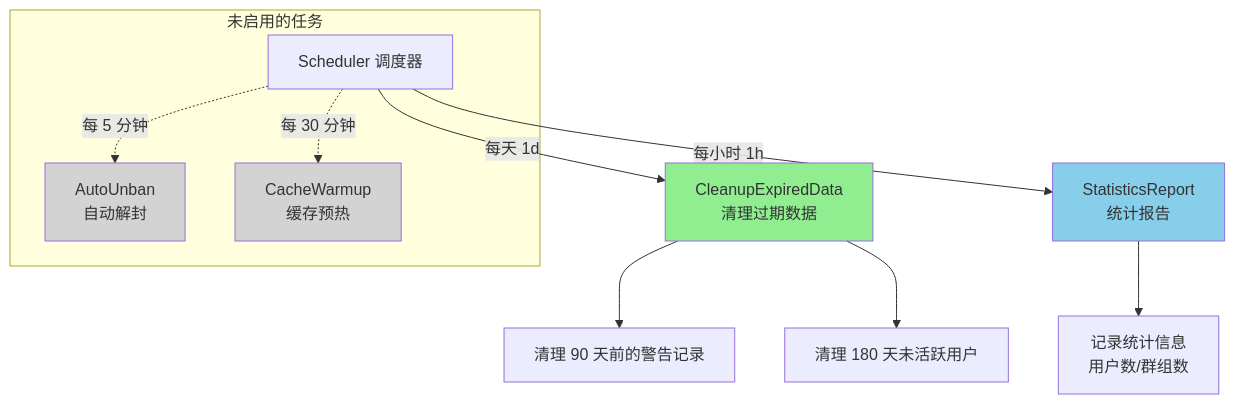
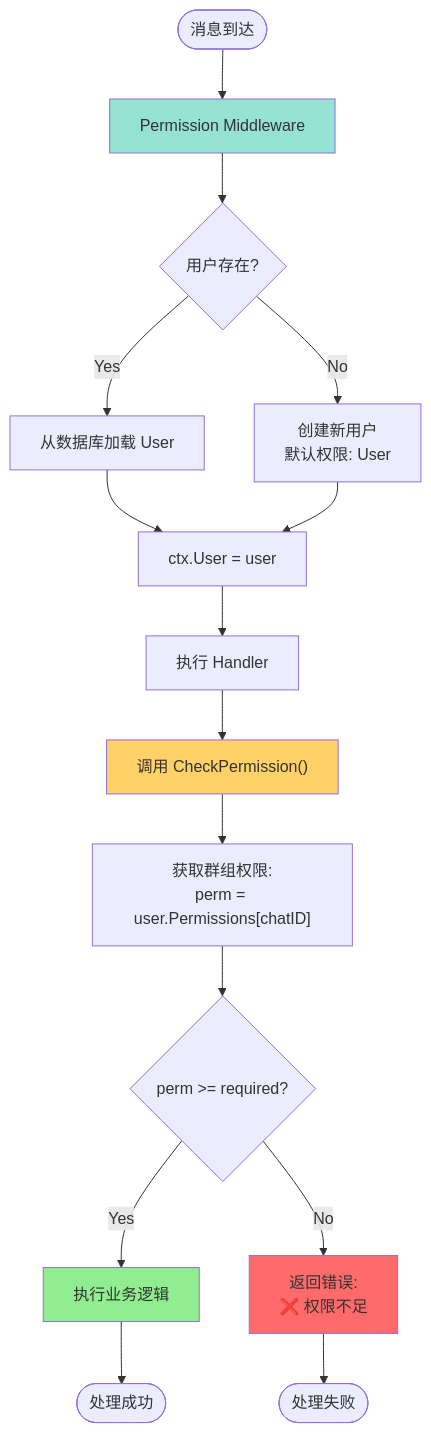
Diagram 12 of 26 in docs/architecture-diagram.md (asmitul/go-telegram-bot), drawn with Mermaid before and after one commit. The commit also changed other lines of this file, not shown here.

Commit message:
✔️ 更新architecture-diagram.md文档

````diff
--- a/docs/architecture-diagram.md
+++ b/docs/architecture-diagram.md
@@ -155,20 +540,28 @@
 ```mermaid
 graph TB
-    Scheduler[Scheduler 调度器] --> |每天 1d| Cleanup[CleanupExpiredData<br/>清理过期数据]
-    Scheduler --> |每小时 1h| Stats[StatisticsReport<br/>统计报告]
+    Start([消息到达]) --> MW[Permission Middleware]
 
-    Cleanup --> CleanWarn[清理 90 天前的警告记录]
-    Cleanup --> CleanUser[清理 180 天未活跃用户]
+    MW --> LoadUser{用户存在?}
+    LoadUser -->|Yes| GetUser[从数据库加载 User]
+    LoadUser -->|No| CreateUser[创建新用户<br/>默认权限: User]
 
-    Stats --> StatLog[记录统计信息<br/>用户数/群组数]
+    GetUser --> InjectCtx[ctx.User = user]
+    CreateUser --> InjectCtx
 
-    subgraph "未启用的任务"
-        Scheduler -.-> |每 5 分钟| AutoUnban[AutoUnban<br/>自动解封]
-        Scheduler -.-> |每 30 分钟| CacheWarmup[CacheWarmup<br/>缓存预热]
-    end
+    InjectCtx --> Handler[执行 Handler]
+    Handler --> CheckPerm["调用 CheckPermission()"]
 
-    style Cleanup fill:#90EE90
-    style Stats fill:#87CEEB
-    style AutoUnban fill:#D3D3D3
-    style CacheWarmup fill:#D3D3D3
+    CheckPerm --> GetGroupPerm["获取群组权限:<br/>perm = user.Permissions[chatID]"]
+    GetGroupPerm --> Compare{perm >= required?}
+
+    Compare -->|Yes| Execute[执行业务逻辑]
+    Compare -->|No| Deny["返回错误:<br/>❌ 权限不足"]
+
+    Execute --> Success([处理成功])
+    Deny --> Fail([处理失败])
+
+    style MW fill:#95E1D3
+    style CheckPerm fill:#FFD166
+    style Execute fill:#90EE90
+    style Deny fill:#FF6B6B
 ```
````
